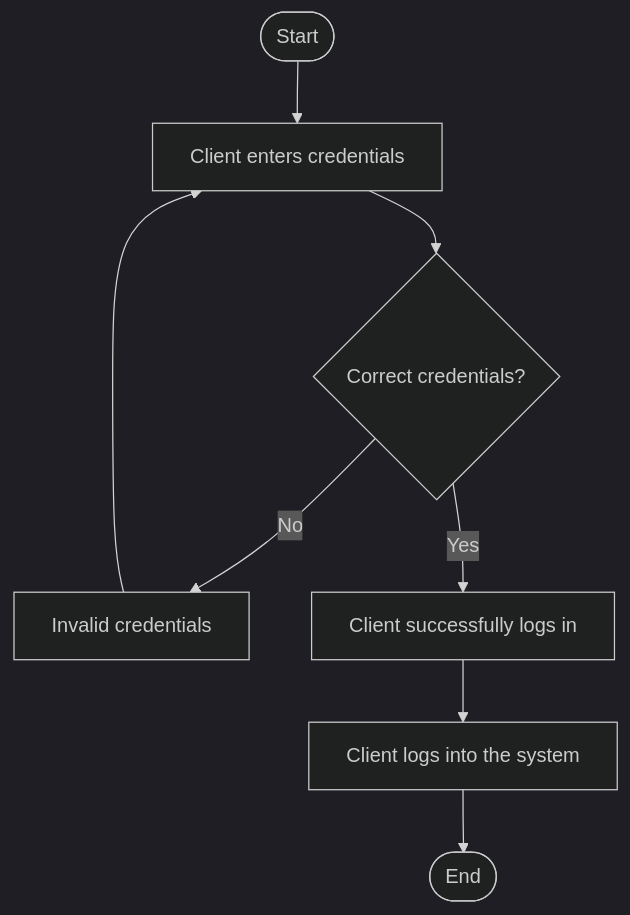
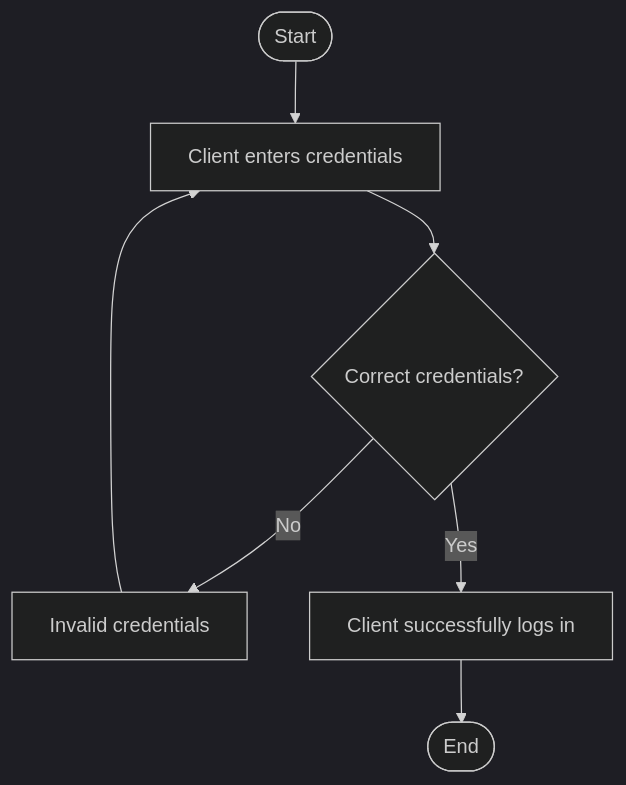
The second of 4 diagrams in README.md (chrisracha/mermaid-sandbox), drawn with Mermaid (dark theme) before and after one commit.

````diff
--- a/README.md
+++ b/README.md
@@ -48,11 +48,10 @@
 ``` mermaid
 flowchart TD
 
     Start([Start]) --> A[Client enters credentials]
     A --> B{Correct credentials?}
     B --> |No| E[Invalid credentials]
     E --> A
     B --> |Yes| C[Client successfully logs in]
-    C --> D[Client logs into the system]
-    D --> F([End])
+    C --> F([End])
 ```
````
